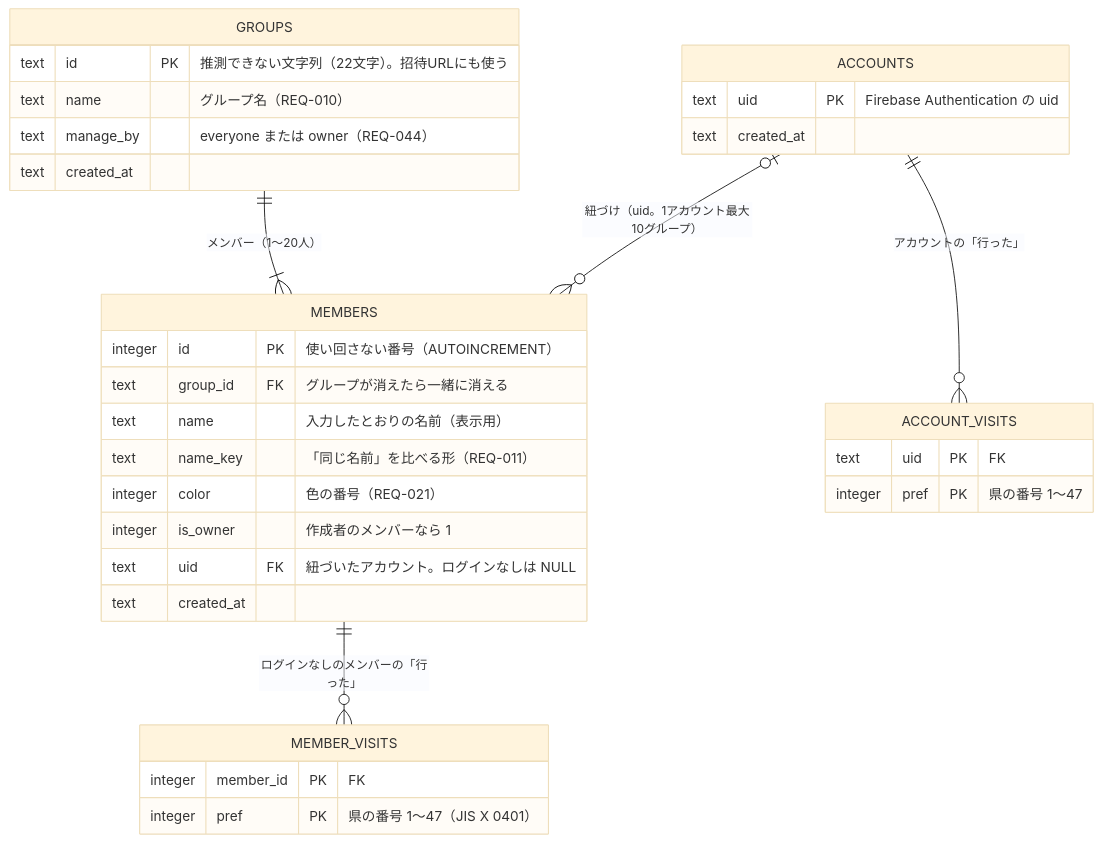
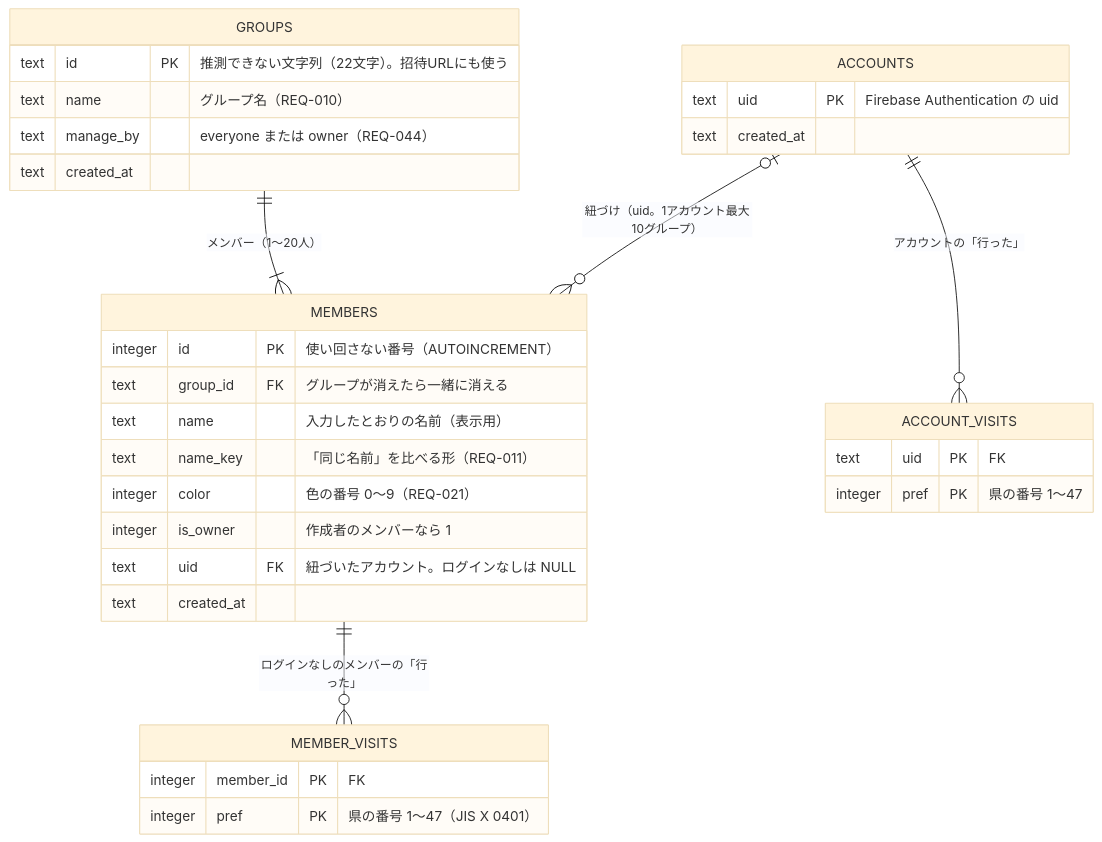
The diagram in docs/design/data-model.md (yuppy52/tabikaigi-map), drawn with Mermaid (base theme) before and after one commit. The commit also changed other lines of this file and 9 other files, not shown here.

````diff
--- a/docs/design/data-model.md
+++ b/docs/design/data-model.md
@@ -14,36 +15,36 @@
 ```mermaid
 erDiagram
   GROUPS ||--|{ MEMBERS : "メンバー（1〜20人）"
   MEMBERS ||--o{ MEMBER_VISITS : "ログインなしのメンバーの「行った」"
   ACCOUNTS |o--o{ MEMBERS : "紐づけ（uid。1アカウント最大10グループ）"
   ACCOUNTS ||--o{ ACCOUNT_VISITS : "アカウントの「行った」"
 
   GROUPS {
     text id PK "推測できない文字列（22文字）。招待URLにも使う"
     text name "グループ名（REQ-010）"
     text manage_by "everyone または owner（REQ-044）"
     text created_at
   }
   MEMBERS {
     integer id PK "使い回さない番号（AUTOINCREMENT）"
     text group_id FK "グループが消えたら一緒に消える"
     text name "入力したとおりの名前（表示用）"
     text name_key "「同じ名前」を比べる形（REQ-011）"
-    integer color "色の番号（REQ-021）"
+    integer color "色の番号 0〜9（REQ-021）"
     integer is_owner "作成者のメンバーなら 1"
     text uid FK "紐づいたアカウント。ログインなしは NULL"
     text created_at
   }
   MEMBER_VISITS {
     integer member_id PK "FK"
     integer pref PK "県の番号 1〜47（JIS X 0401）"
   }
   ACCOUNTS {
     text uid PK "Firebase Authentication の uid"
     text created_at
   }
   ACCOUNT_VISITS {
     text uid PK "FK"
     integer pref PK "県の番号 1〜47"
   }
 ```
````
